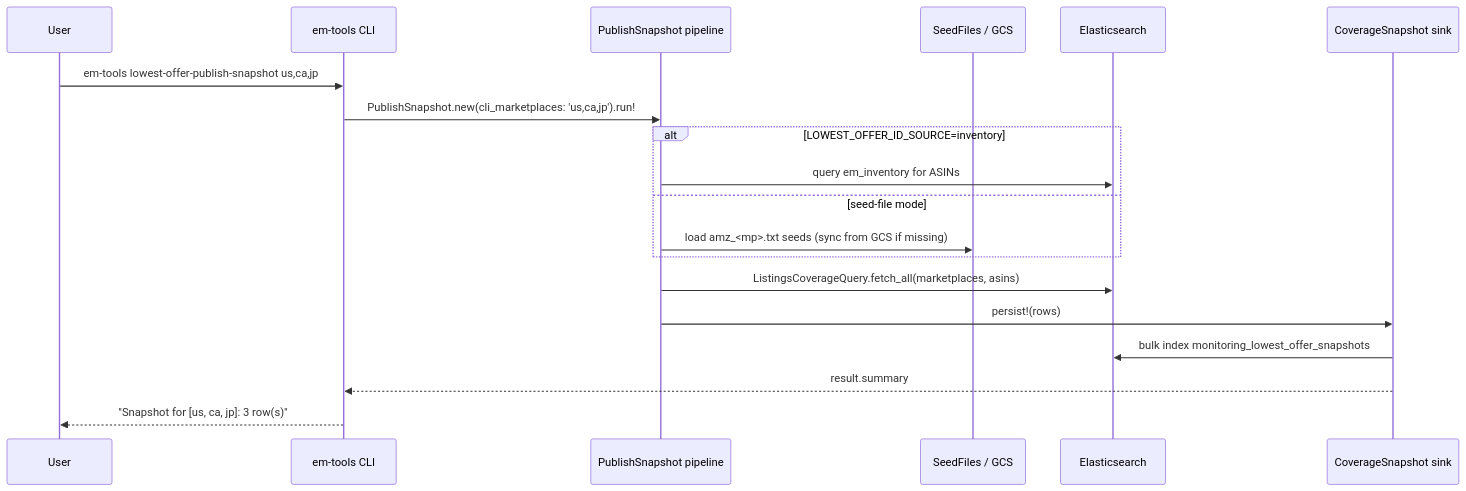
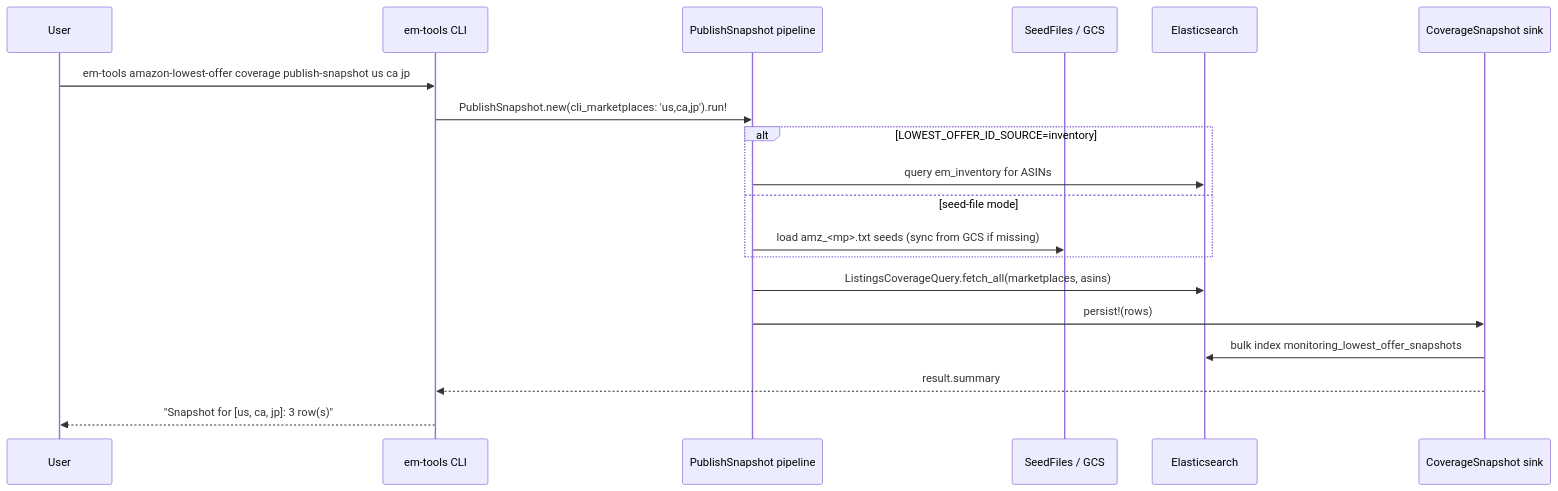
Before and after one commit to AriseshineSky/em-tools: the third of 3 diagrams in docs/OVERVIEW.md, drawn with Mermaid. The commit also changed 75 other files, not shown here.

````diff
--- a/docs/OVERVIEW.md
+++ b/docs/OVERVIEW.md
@@ -143,22 +143,22 @@
 ```mermaid
 sequenceDiagram
     participant U as User
     participant CLI as em-tools CLI
     participant P as PublishSnapshot pipeline
     participant SF as SeedFiles / GCS
     participant ES as Elasticsearch
     participant SNK as CoverageSnapshot sink
 
-    U->>CLI: em-tools lowest-offer-publish-snapshot us,ca,jp
+    U->>CLI: em-tools amazon-lowest-offer coverage publish-snapshot us ca jp
     CLI->>P: PublishSnapshot.new(cli_marketplaces: 'us,ca,jp').run!
     alt LOWEST_OFFER_ID_SOURCE=inventory
         P->>ES: query em_inventory for ASINs
     else seed-file mode
         P->>SF: load amz_<mp>.txt seeds (sync from GCS if missing)
     end
     P->>ES: ListingsCoverageQuery.fetch_all(marketplaces, asins)
     P->>SNK: persist!(rows)
     SNK->>ES: bulk index monitoring_lowest_offer_snapshots
     SNK-->>CLI: result.summary
     CLI-->>U: "Snapshot for [us, ca, jp]: 3 row(s)"
 ```
````
